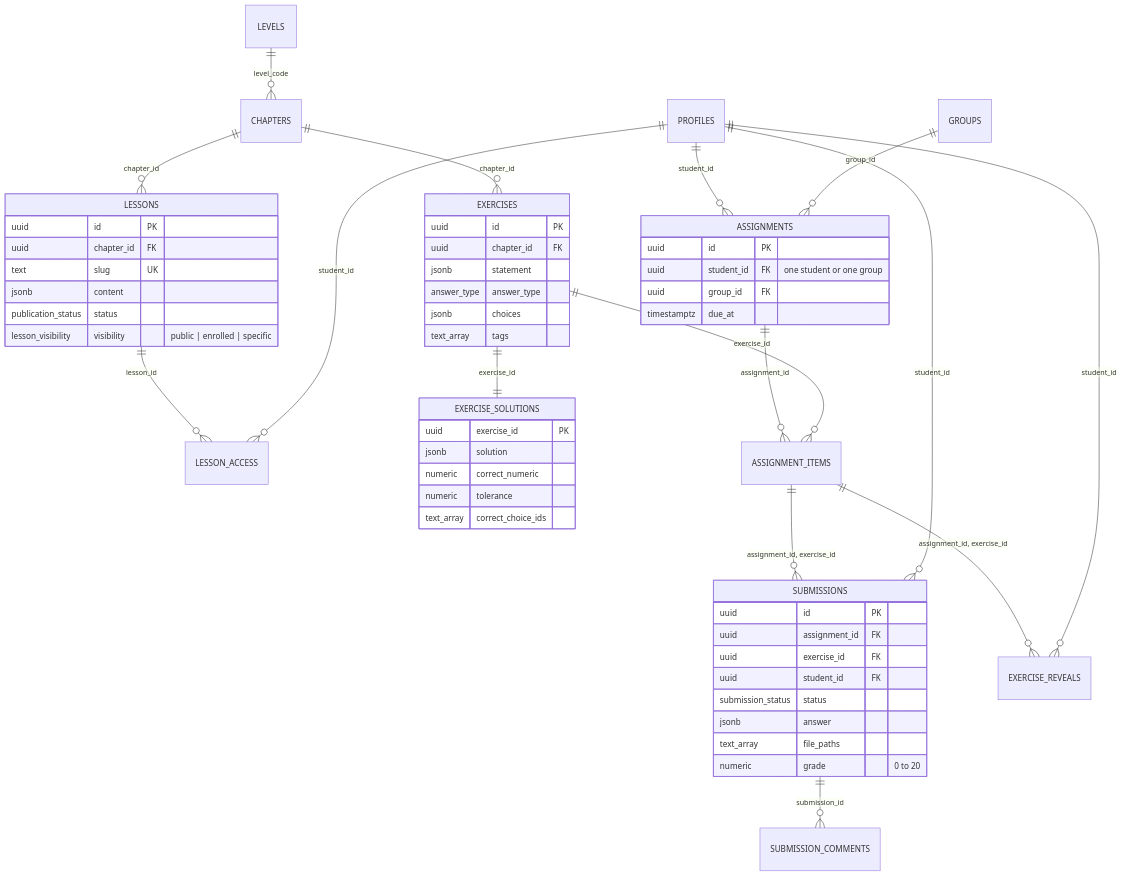
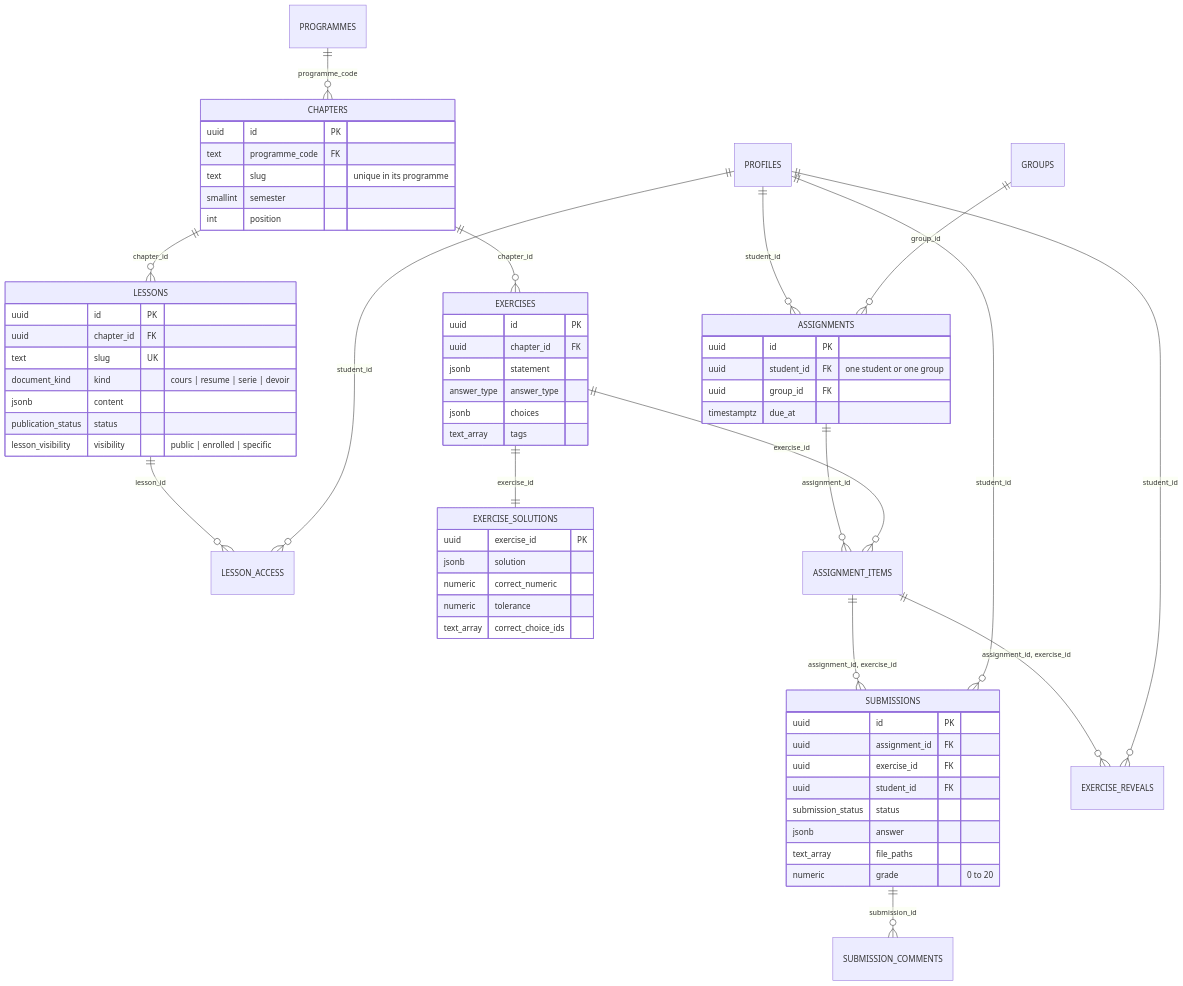
The second of 5 diagrams in docs/schema.md (yasukeo/equerre), drawn with Mermaid before and after one commit. The commit also changed other lines of this file and 32 other files, not shown here.

````diff
--- a/docs/schema.md
+++ b/docs/schema.md
@@ -65,58 +77,66 @@
 ```mermaid
 erDiagram
-  LEVELS ||--o{ CHAPTERS : "level_code"
+  PROGRAMMES ||--o{ CHAPTERS : "programme_code"
   CHAPTERS ||--o{ LESSONS : "chapter_id"
   LESSONS ||--o{ LESSON_ACCESS : "lesson_id"
   PROFILES ||--o{ LESSON_ACCESS : "student_id"
   CHAPTERS ||--o{ EXERCISES : "chapter_id"
   EXERCISES ||--|| EXERCISE_SOLUTIONS : "exercise_id"
   ASSIGNMENTS ||--o{ ASSIGNMENT_ITEMS : "assignment_id"
   EXERCISES ||--o{ ASSIGNMENT_ITEMS : "exercise_id"
   PROFILES ||--o{ ASSIGNMENTS : "student_id"
   GROUPS ||--o{ ASSIGNMENTS : "group_id"
   ASSIGNMENT_ITEMS ||--o{ SUBMISSIONS : "assignment_id, exercise_id"
   PROFILES ||--o{ SUBMISSIONS : "student_id"
   SUBMISSIONS ||--o{ SUBMISSION_COMMENTS : "submission_id"
   ASSIGNMENT_ITEMS ||--o{ EXERCISE_REVEALS : "assignment_id, exercise_id"
   PROFILES ||--o{ EXERCISE_REVEALS : "student_id"
 
+  CHAPTERS {
+    uuid id PK
+    text programme_code FK
+    text slug "unique in its programme"
+    smallint semester
+    int position
+  }
   LESSONS {
     uuid id PK
     uuid chapter_id FK
     text slug UK
+    document_kind kind "cours | resume | serie | devoir"
     jsonb content
     publication_status status
     lesson_visibility visibility "public | enrolled | specific"
   }
   EXERCISES {
     uuid id PK
     uuid chapter_id FK
     jsonb statement
     answer_type answer_type
     jsonb choices
     text_array tags
   }
   EXERCISE_SOLUTIONS {
     uuid exercise_id PK
     jsonb solution
     numeric correct_numeric
     numeric tolerance
     text_array correct_choice_ids
   }
   ASSIGNMENTS {
     uuid id PK
     uuid student_id FK "one student or one group"
     uuid group_id FK
     timestamptz due_at
   }
   SUBMISSIONS {
     uuid id PK
     uuid assignment_id FK
     uuid exercise_id FK
     uuid student_id FK
     submission_status status
     jsonb answer
     text_array file_paths
     numeric grade "0 to 20"
   }
 ```
````
